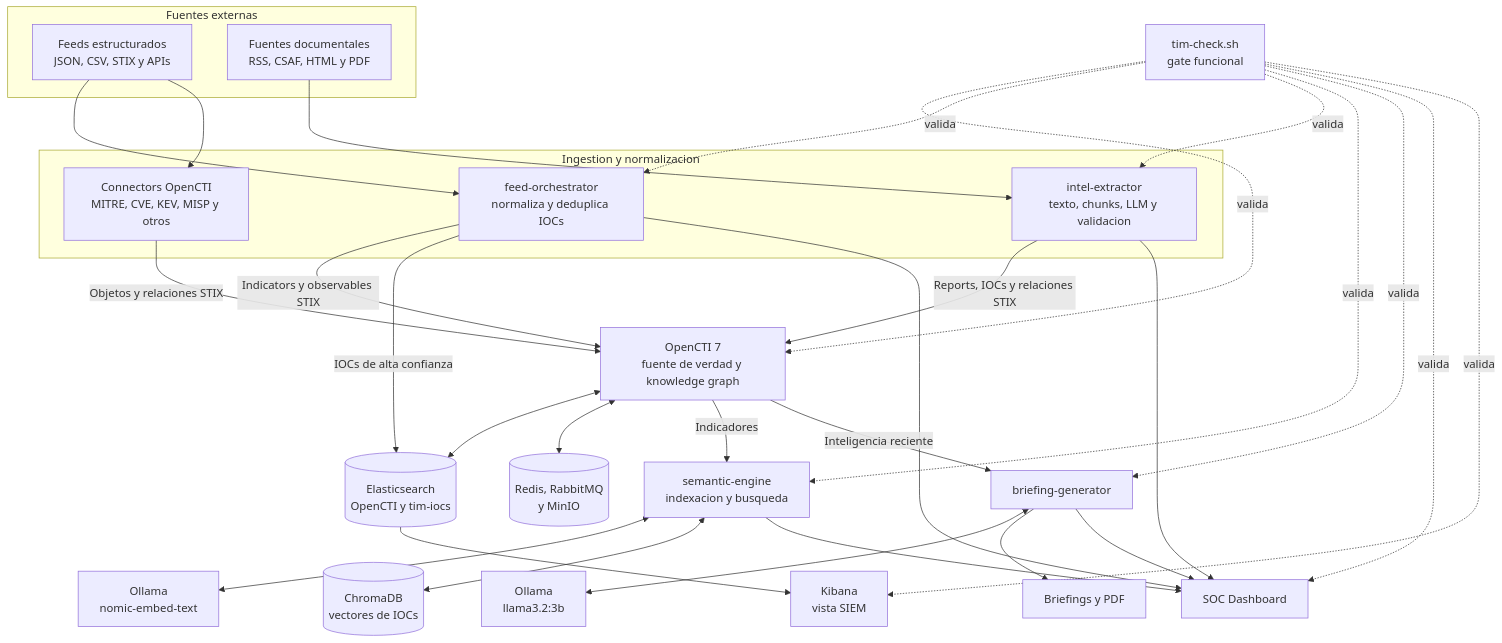
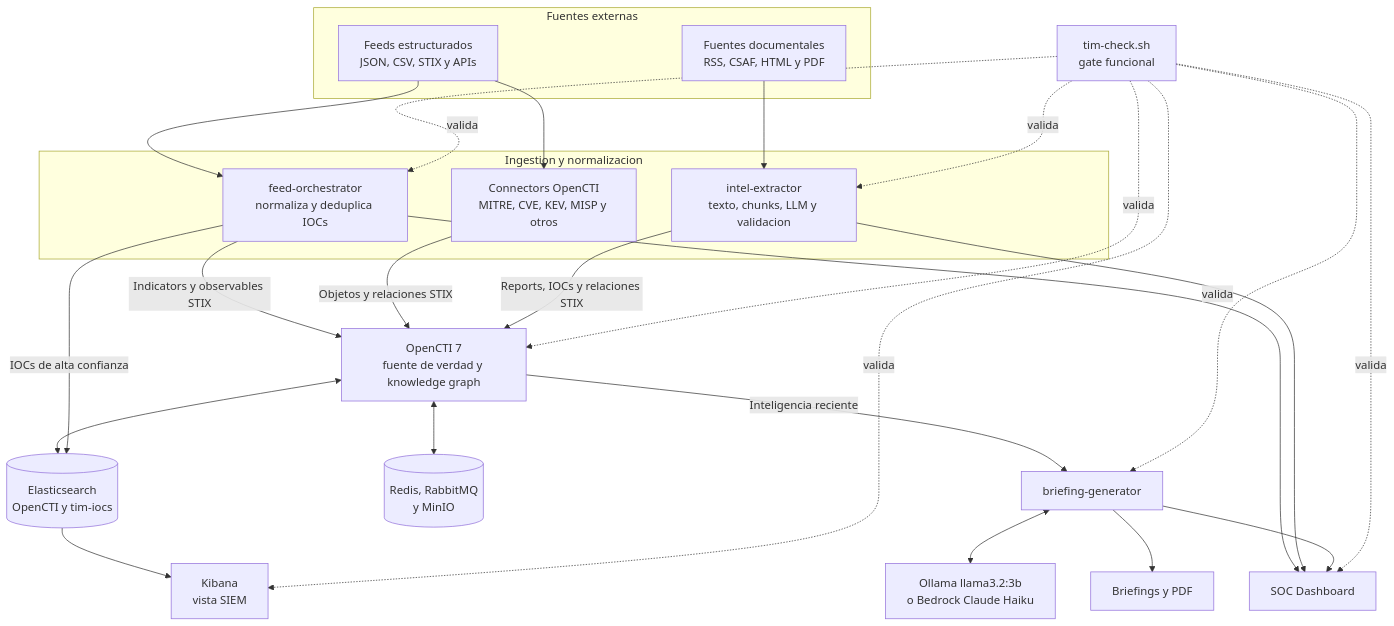
Before and after one commit to ollerenac/tim-platform: the diagram in docs/ONBOARDING.md, drawn with Mermaid. The commit also changed other lines of this file and 2 other files, not shown here.

First line of the commit message:
docs: reflect the removal of semantic search

````diff
--- a/docs/ONBOARDING.md
+++ b/docs/ONBOARDING.md
@@ -27,51 +26,45 @@
 ```mermaid
 flowchart TB
     subgraph SOURCES[Fuentes externas]
         STRUCTURED[Feeds estructurados<br/>JSON, CSV, STIX y APIs]
         DOCUMENTS[Fuentes documentales<br/>RSS, CSAF, HTML y PDF]
     end
 
     subgraph INGESTION[Ingestion y normalizacion]
         ORCHESTRATOR[feed-orchestrator<br/>normaliza y deduplica IOCs]
         CONNECTORS[Connectors OpenCTI<br/>MITRE, CVE, KEV, MISP y otros]
         EXTRACTOR[intel-extractor<br/>texto, chunks, LLM y validacion]
     end
 
     STRUCTURED --> ORCHESTRATOR
     STRUCTURED --> CONNECTORS
     DOCUMENTS --> EXTRACTOR
 
     ORCHESTRATOR -->|Indicators y observables STIX| OPENCTI
     CONNECTORS -->|Objetos y relaciones STIX| OPENCTI
     EXTRACTOR -->|Reports, IOCs y relaciones STIX| OPENCTI
 
     OPENCTI[OpenCTI 7<br/>fuente de verdad y knowledge graph]
     ELASTIC[(Elasticsearch<br/>OpenCTI y tim-iocs)]
     CORE[(Redis, RabbitMQ<br/>y MinIO)]
     OPENCTI <--> ELASTIC
     OPENCTI <--> CORE
     ORCHESTRATOR -->|IOCs de alta confianza| ELASTIC
 
-    OPENCTI -->|Indicadores| SEMANTIC[semantic-engine<br/>indexacion y busqueda]
-    SEMANTIC <--> EMBEDDINGS[Ollama<br/>nomic-embed-text]
-    SEMANTIC <--> CHROMA[(ChromaDB<br/>vectores de IOCs)]
-
     OPENCTI -->|Inteligencia reciente| BRIEFING[briefing-generator]
-    BRIEFING <--> LLM[Ollama<br/>llama3.2:3b]
+    BRIEFING <--> LLM[Ollama llama3.2:3b<br/>o Bedrock Claude Haiku]
     BRIEFING --> OUTPUT[Briefings y PDF]
 
     ORCHESTRATOR --> DASHBOARD[SOC Dashboard]
     EXTRACTOR --> DASHBOARD
-    SEMANTIC --> DASHBOARD
     BRIEFING --> DASHBOARD
     ELASTIC --> KIBANA[Kibana<br/>vista SIEM]
 
     TIMCHECK[tim-check.sh<br/>gate funcional]
     TIMCHECK -. valida .-> OPENCTI
     TIMCHECK -. valida .-> ORCHESTRATOR
     TIMCHECK -. valida .-> EXTRACTOR
-    TIMCHECK -. valida .-> SEMANTIC
     TIMCHECK -. valida .-> BRIEFING
     TIMCHECK -. valida .-> DASHBOARD
     TIMCHECK -. valida .-> KIBANA
 ```
````
